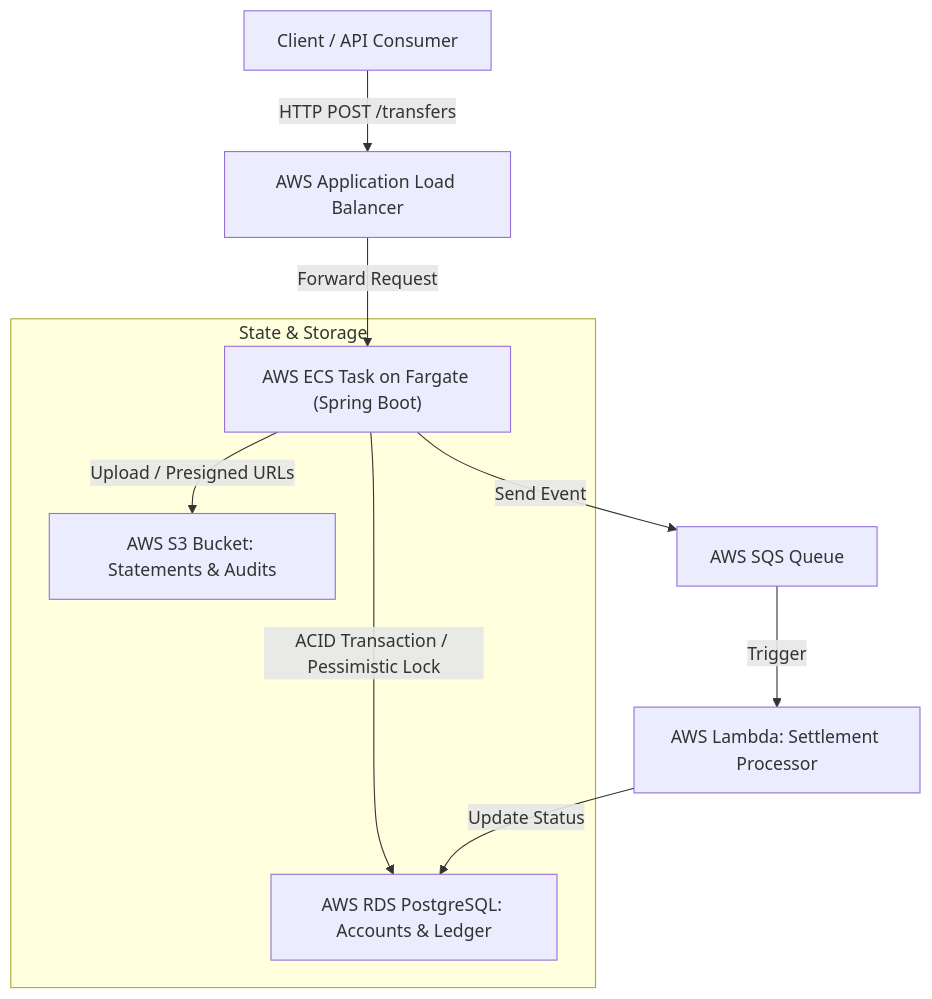
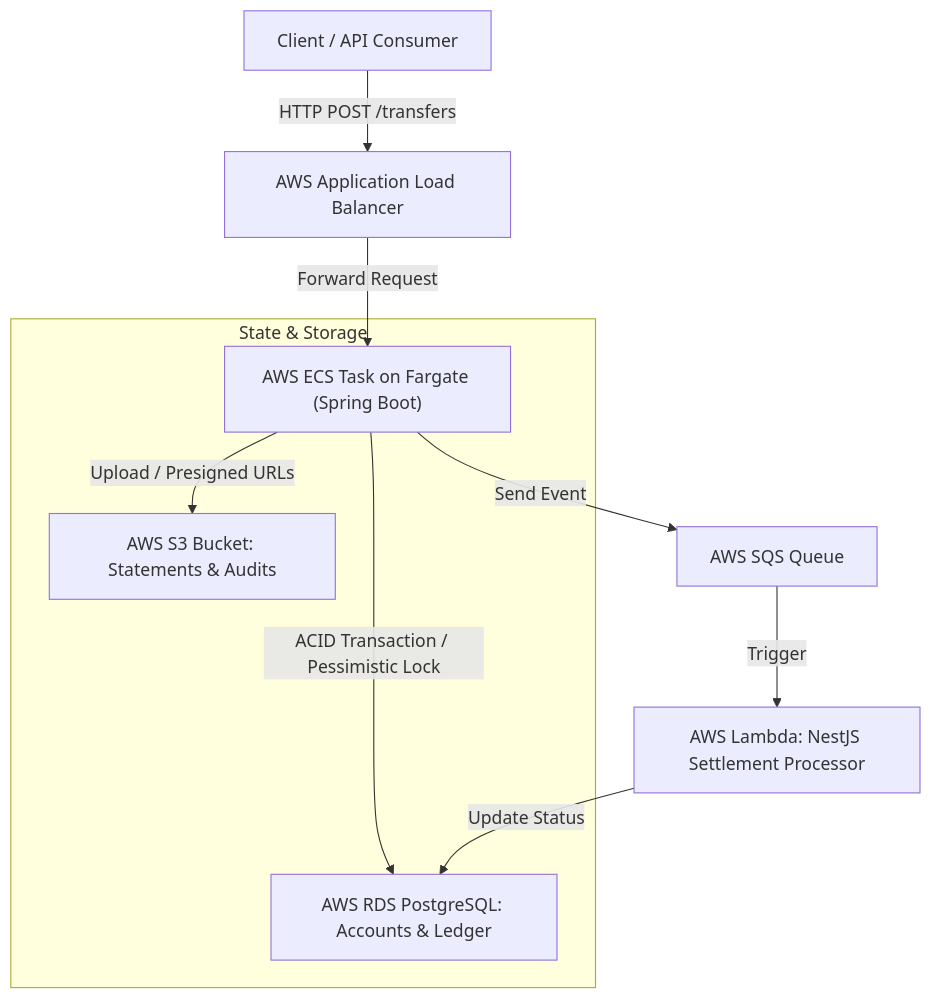
Before and after one commit to kelvinyap2014/ledger-aws-java: the first of 2 diagrams in README.md, drawn with Mermaid. The commit also changed other lines of this file and 6 other files, not shown here.

````diff
--- a/README.md
+++ b/README.md
@@ -15,14 +16,14 @@
 ```mermaid
 graph TD
     Client["Client / API Consumer"] -->|HTTP POST /transfers| ALB["AWS Application Load Balancer"]
     ALB -->|Forward Request| Fargate["AWS ECS Task on Fargate (Spring Boot)"]
 
     subgraph "State & Storage"
         Fargate -->|ACID Transaction / Pessimistic Lock| RDS["AWS RDS PostgreSQL: Accounts & Ledger"]
         Fargate -->|Upload / Presigned URLs| S3["AWS S3 Bucket: Statements & Audits"]
     end
 
     Fargate -->|Send Event| SQS["AWS SQS Queue"]
-    SQS -->|Trigger| Lambda["AWS Lambda: Settlement Processor"]
+    SQS -->|Trigger| Lambda["AWS Lambda: NestJS Settlement Processor"]
     Lambda -->|Update Status| RDS
 ```
````
